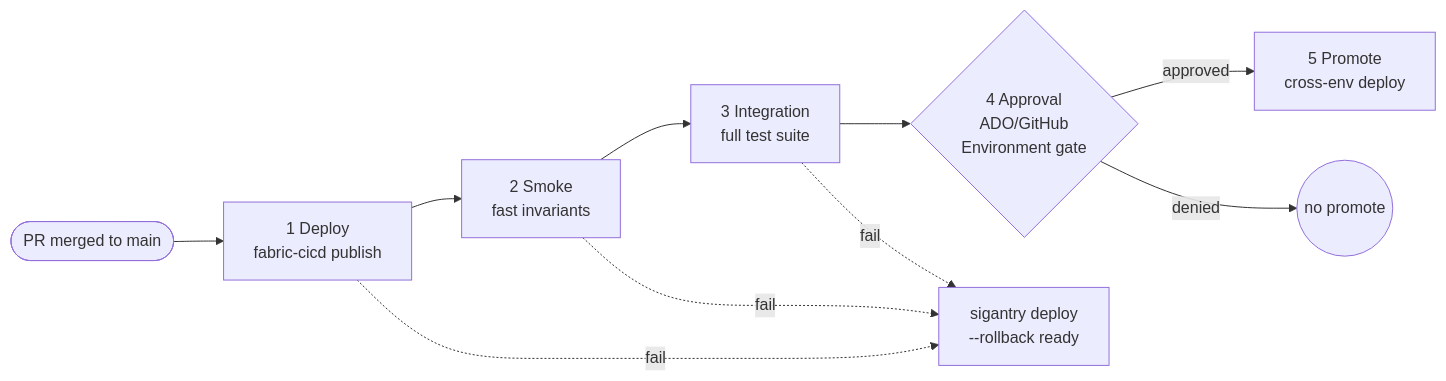
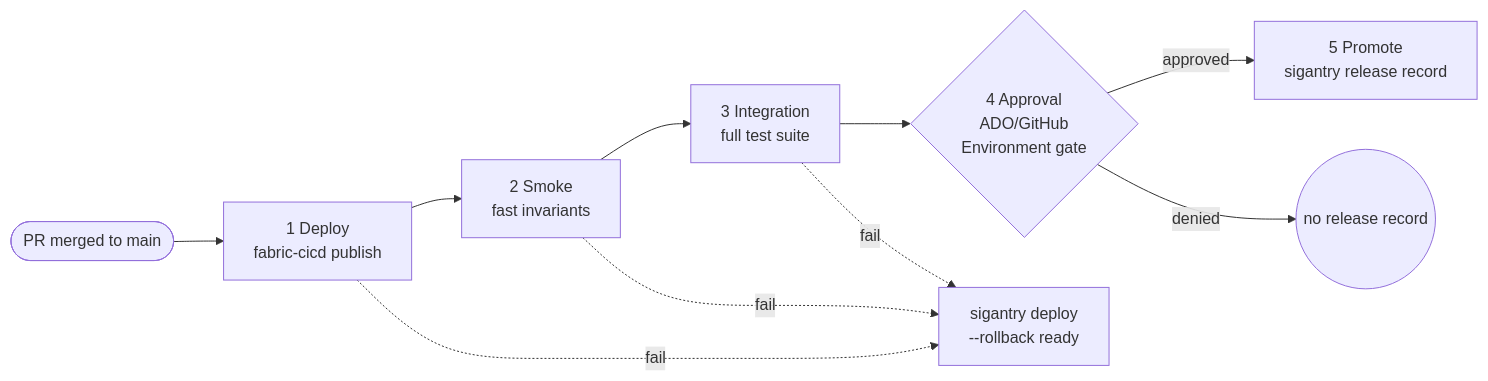
Before and after one commit to Bralabee/sigantry: the sixth of 9 diagrams in docs/CAPABILITIES.md, drawn with Mermaid. The commit also changed other lines of this file and 20 other files, not shown here.

````diff
--- a/docs/CAPABILITIES.md
+++ b/docs/CAPABILITIES.md
@@ -547,12 +542,12 @@
 ```mermaid
 flowchart LR
     PR(["PR merged to main"]) --> S1["1 Deploy<br/>fabric-cicd publish"]
     S1 --> S2["2 Smoke<br/>fast invariants"]
     S2 --> S3["3 Integration<br/>full test suite"]
     S3 --> APP{"4 Approval<br/>ADO/GitHub<br/>Environment gate"}
-    APP -->|approved| S5["5 Promote<br/>cross-env deploy"]
-    APP -->|denied| END(("no promote"))
+    APP -->|approved| S5["5 Promote<br/>sigantry release record"]
+    APP -->|denied| END(("no release record"))
     S1 -. fail .-> ROLL["sigantry deploy<br/>--rollback ready"]
     S2 -. fail .-> ROLL
     S3 -. fail .-> ROLL
 ```
````
